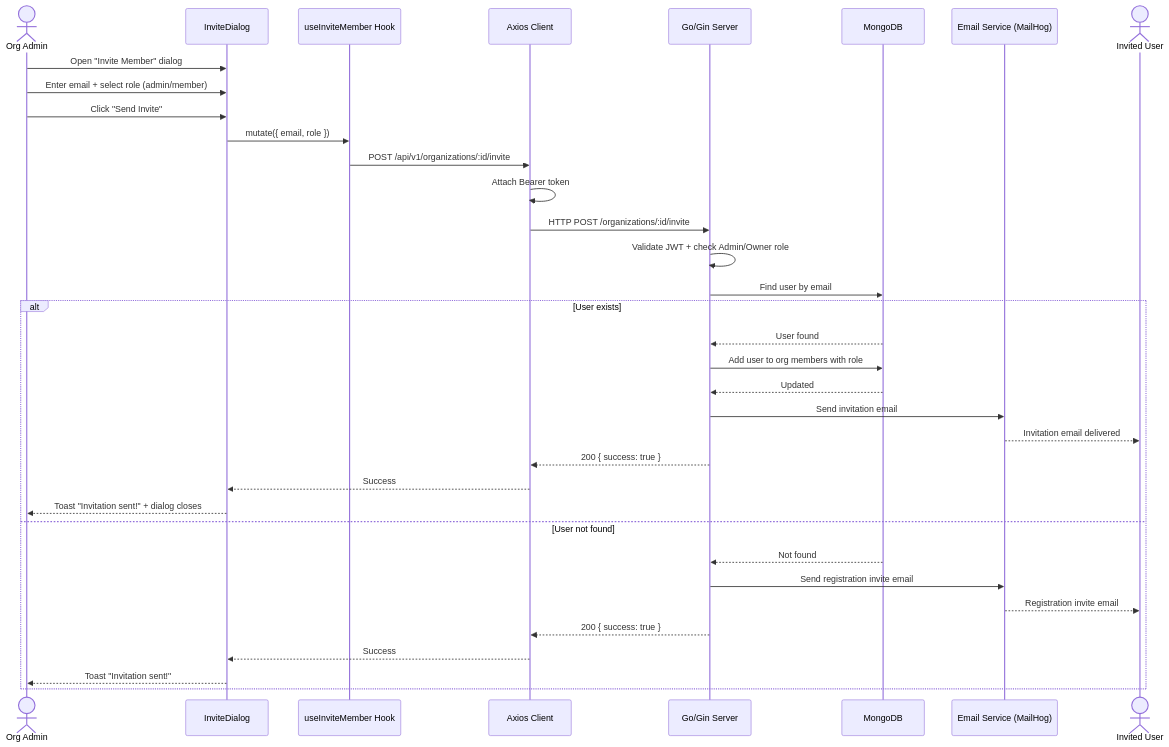
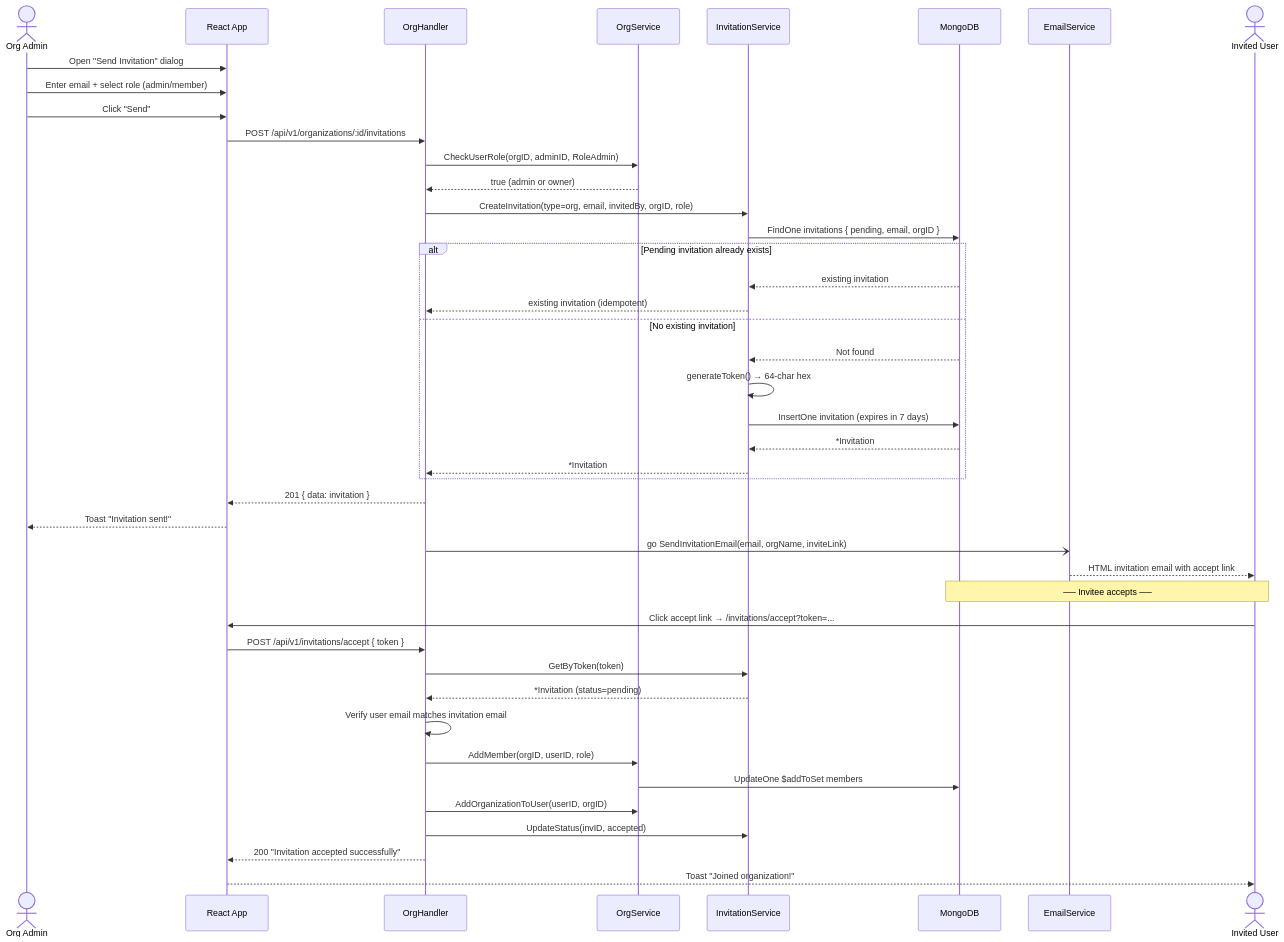
The fourth of 6 diagrams in docs/03-sequence-diagrams.md (Bugs-Slayers/EduClaaS-Task-Management-Web), drawn with Mermaid before and after one commit. The commit also changed other lines of this file and 26 other files, not shown here.

````diff
--- a/docs/03-sequence-diagrams.md
+++ b/docs/03-sequence-diagrams.md
@@ -102,38 +130,47 @@
 ```mermaid
 sequenceDiagram
-    actor OrgAdmin as Org Admin
-    participant InviteDialog as InviteDialog
-    participant useInviteMember as useInviteMember Hook
-    participant AxiosClient as Axios Client
-    participant GinServer as Go/Gin Server
+    actor Admin as Org Admin
+    participant FE as React App
+    participant OrgH as OrgHandler
+    participant OrgSvc as OrgService
+    participant InvSvc as InvitationService
     participant MongoDB as MongoDB
-    participant EmailService as Email Service (MailHog)
-    actor InvitedUser as Invited User
+    participant Email as EmailService
+    actor Invitee as Invited User
 
-    OrgAdmin->>InviteDialog: Open "Invite Member" dialog
-    OrgAdmin->>InviteDialog: Enter email + select role (admin/member)
-    OrgAdmin->>InviteDialog: Click "Send Invite"
-    InviteDialog->>useInviteMember: mutate({ email, role })
-    useInviteMember->>AxiosClient: POST /api/v1/organizations/:id/invite
-    AxiosClient->>AxiosClient: Attach Bearer token
-    AxiosClient->>GinServer: HTTP POST /organizations/:id/invite
-    GinServer->>GinServer: Validate JWT + check Admin/Owner role
-    GinServer->>MongoDB: Find user by email
-    alt User exists
-        MongoDB-->>GinServer: User found
-        GinServer->>MongoDB: Add user to org members with role
-        MongoDB-->>GinServer: Updated
-        GinServer->>EmailService: Send invitation email
-        EmailService-->>InvitedUser: Invitation email delivered
-        GinServer-->>AxiosClient: 200 { success: true }
-        AxiosClient-->>InviteDialog: Success
-        InviteDialog-->>OrgAdmin: Toast "Invitation sent!" + dialog closes
-    else User not found
-        MongoDB-->>GinServer: Not found
-        GinServer->>EmailService: Send registration invite email
-        EmailService-->>InvitedUser: Registration invite email
-        GinServer-->>AxiosClient: 200 { success: true }
-        AxiosClient-->>InviteDialog: Success
-        InviteDialog-->>OrgAdmin: Toast "Invitation sent!"
+    Admin->>FE: Open "Send Invitation" dialog
+    Admin->>FE: Enter email + select role (admin/member)
+    Admin->>FE: Click "Send"
+    FE->>OrgH: POST /api/v1/organizations/:id/invitations
+    OrgH->>OrgSvc: CheckUserRole(orgID, adminID, RoleAdmin)
+    OrgSvc-->>OrgH: true (admin or owner)
+    OrgH->>InvSvc: CreateInvitation(type=org, email, invitedBy, orgID, role)
+    InvSvc->>MongoDB: FindOne invitations { pending, email, orgID }
+    alt Pending invitation already exists
+        MongoDB-->>InvSvc: existing invitation
+        InvSvc-->>OrgH: existing invitation (idempotent)
+    else No existing invitation
+        MongoDB-->>InvSvc: Not found
+        InvSvc->>InvSvc: generateToken() → 64-char hex
+        InvSvc->>MongoDB: InsertOne invitation (expires in 7 days)
+        MongoDB-->>InvSvc: *Invitation
+        InvSvc-->>OrgH: *Invitation
     end
+    OrgH-->>FE: 201 { data: invitation }
+    FE-->>Admin: Toast "Invitation sent!"
+    OrgH-)Email: go SendInvitationEmail(email, orgName, inviteLink)
+    Email-->>Invitee: HTML invitation email with accept link
+
+    Note over Invitee, MongoDB: ── Invitee accepts ──
+    Invitee->>FE: Click accept link → /invitations/accept?token=...
+    FE->>OrgH: POST /api/v1/invitations/accept { token }
+    OrgH->>InvSvc: GetByToken(token)
+    InvSvc-->>OrgH: *Invitation (status=pending)
+    OrgH->>OrgH: Verify user email matches invitation email
+    OrgH->>OrgSvc: AddMember(orgID, userID, role)
+    OrgSvc->>MongoDB: UpdateOne $addToSet members
+    OrgH->>OrgSvc: AddOrganizationToUser(userID, orgID)
+    OrgH->>InvSvc: UpdateStatus(invID, accepted)
+    OrgH-->>FE: 200 "Invitation accepted successfully"
+    FE-->>Invitee: Toast "Joined organization!"
 ```
````
